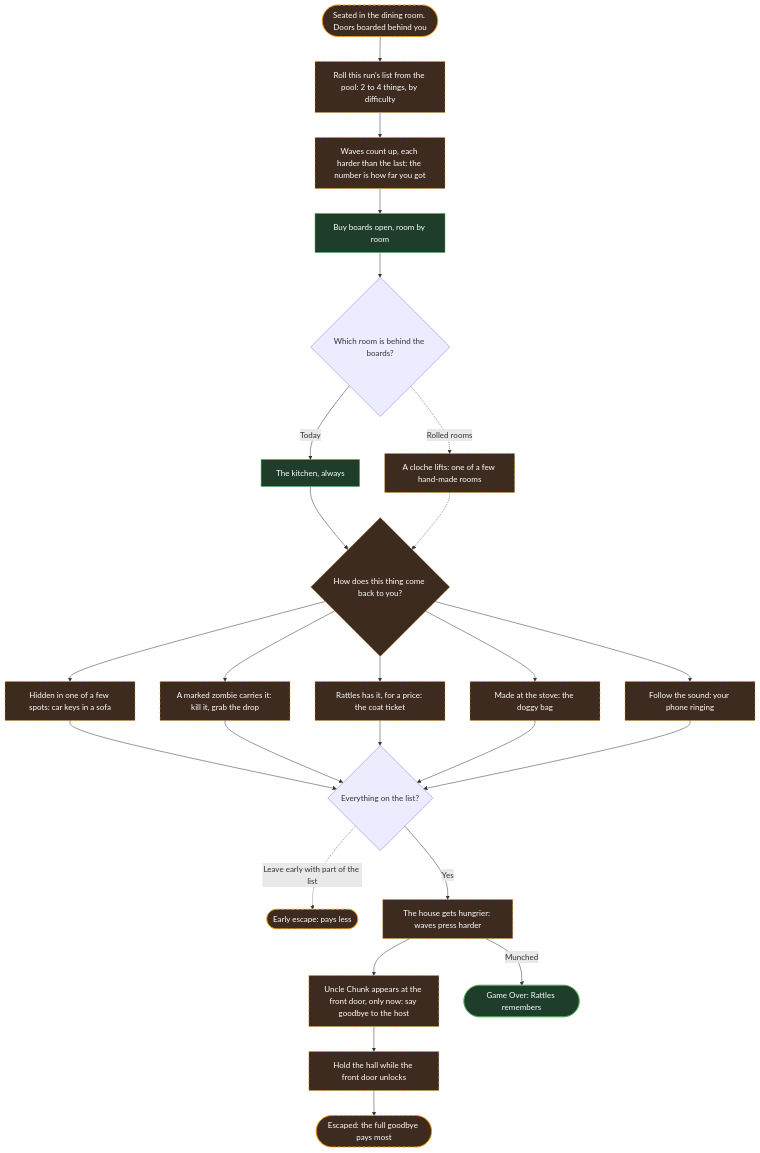
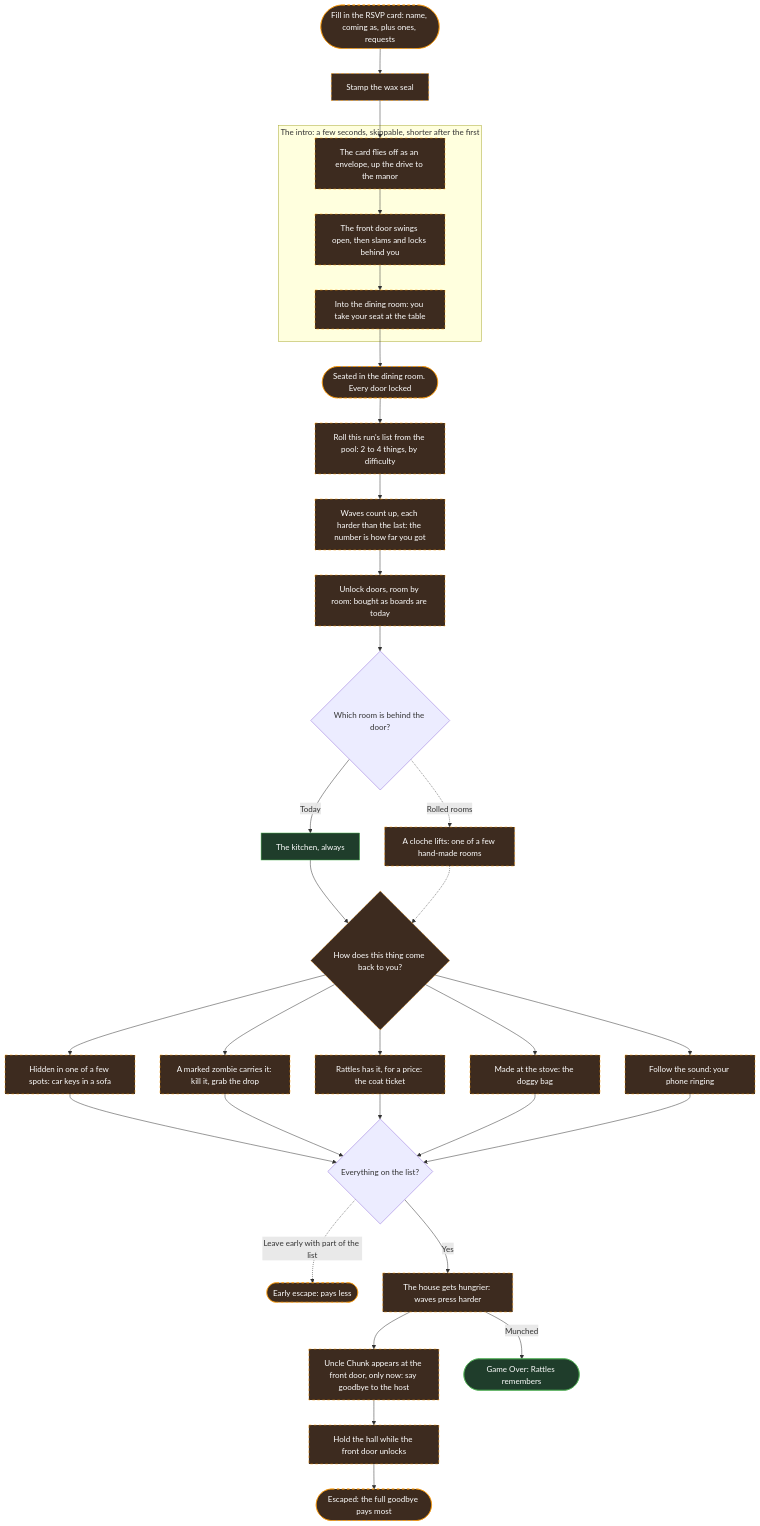
Before and after one commit to Tanner-Scadden/munch-manor: the fourth of 6 diagrams in FLOW.md, drawn with Mermaid. The commit also changed other lines of this file and 2 other files, not shown here.

Commit message:
docs: open the escape with the RSVP and an intro, and lock the doors
Chart 3 started with you already seated, and the house's exits were boards. It now starts at the RSVP card: START stamps the seal, and a short skippable intro carries you up the drive, through a front door that locks behind you, to your seat in the dining room. The exits are locked doors rather than boards, unlocked the way boards are bought today, so only the art and sound change; the Plank Pile stays a trap.

````diff
--- a/FLOW.md
+++ b/FLOW.md
@@ -119,39 +119,48 @@
 ```mermaid
 flowchart TD
-  arrive([Seated in the dining room. Doors boarded behind you]):::proposed --> list
+  rsvp([Fill in the RSVP card: name, coming as, plus ones, requests]):::proposed --> seal
+  seal[Stamp the wax seal]:::proposed --> intro
+
+  subgraph Intro [The intro: a few seconds, skippable, shorter after the first]
+    intro[The card flies off as an envelope, up the drive to the manor]:::proposed --> door[The front door swings open, then slams and locks behind you]:::proposed
+    door --> sit[Into the dining room: you take your seat at the table]:::proposed
+  end
+
+  sit --> arrive
+  arrive([Seated in the dining room. Every door locked]):::proposed --> list
 
   list[Roll this run's list from the pool: 2 to 4 things, by difficulty]:::proposed --> waves
   waves[Waves count up, each harder than the last: the number is how far you got]:::proposed --> explore
 
-  explore[Buy boards open, room by room]:::built --> roomRoll{Which room is behind the boards?}
+  explore[Unlock doors, room by room: bought as boards are today]:::proposed --> roomRoll{Which room is behind the door?}
   roomRoll -->|Today| fixedRoom[The kitchen, always]:::built
   roomRoll -.->|Rolled rooms| dish[A cloche lifts: one of a few hand-made rooms]:::proposed
 
   fixedRoom --> hunt
   dish -.-> hunt
 
   hunt{How does this thing come back to you?}:::proposed
   hunt --> hidden[Hidden in one of a few spots: car keys in a sofa]:::proposed
   hunt --> carried[A marked zombie carries it: kill it, grab the drop]:::proposed
   hunt --> bought[Rattles has it, for a price: the coat ticket]:::proposed
   hunt --> cooked[Made at the stove: the doggy bag]:::proposed
   hunt --> heard[Follow the sound: your phone ringing]:::proposed
 
   hidden --> all
   carried --> all
   bought --> all
   cooked --> all
   heard --> all
   all{Everything on the list?}
 
   all -.->|Leave early with part of the list| early([Early escape: pays less]):::proposed
   all -->|Yes| hungry[The house gets hungrier: waves press harder]:::proposed
   hungry --> goodbye[Uncle Chunk appears at the front door, only now: say goodbye to the host]:::proposed
   goodbye --> holdout[Hold the hall while the front door unlocks]:::proposed
   holdout --> escaped([Escaped: the full goodbye pays most]):::proposed
 
   hungry -->|Munched| lost([Game Over: Rattles remembers]):::built
 
   classDef built fill:#1f3d2b,stroke:#4caf50,color:#fff
   classDef proposed fill:#3d2b1f,stroke:#ff9800,color:#fff,stroke-dasharray: 5 5
 ```
````
